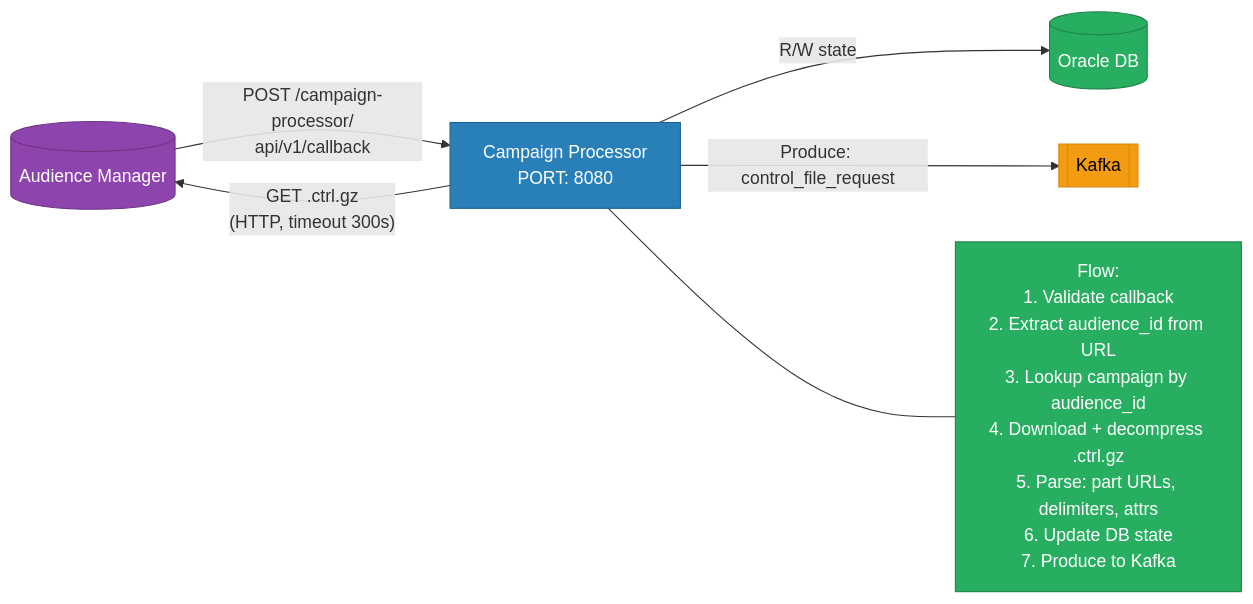
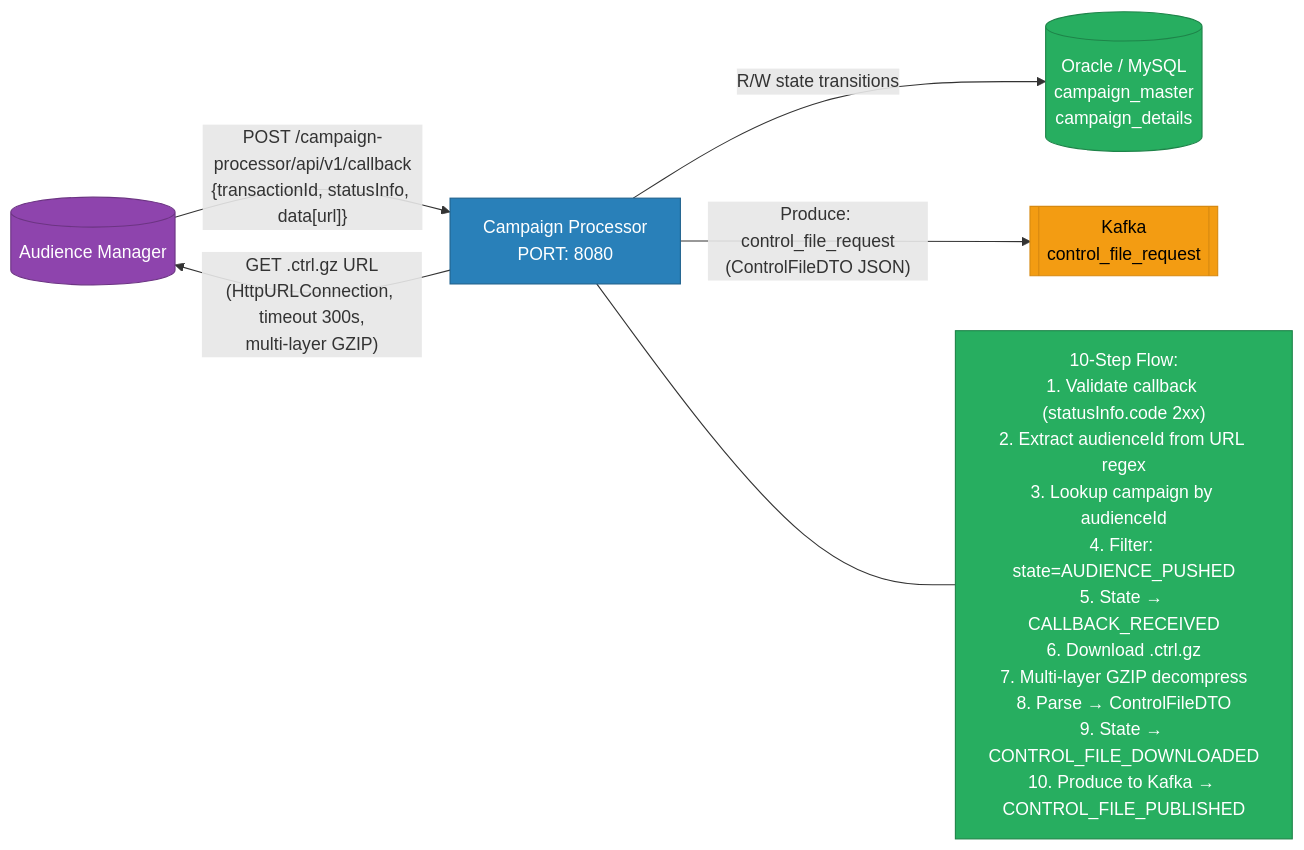
The third of 10 diagrams in comms-hld/06-service-details.md (RamBidiyasar/ulcm-docs), drawn with Mermaid before and after one commit. The commit also changed other lines of this file and 5 other files, not shown here.

````diff
--- a/comms-hld/06-service-details.md
+++ b/comms-hld/06-service-details.md
@@ -84,17 +100,18 @@
 ```mermaid
 flowchart LR
-    AM[("Audience Manager")] -->|"POST /campaign-processor/\napi/v1/callback"| PROC["Campaign Processor\nPORT: 8080"]
-    PROC -->|"GET .ctrl.gz\n(HTTP, timeout 300s)"| AM
-    PROC -->|R/W state| DB[("Oracle DB")]
-    PROC -->|"Produce: control_file_request"| KAFKA[["Kafka"]]
+    AM[("Audience Manager")] -->|"POST /campaign-processor/api/v1/callback\n{transactionId, statusInfo, data[url]}"| PROC["Campaign Processor\nPORT: 8080"]
+    PROC -->|"GET .ctrl.gz URL\n(HttpURLConnection, timeout 300s,\nmulti-layer GZIP)"| AM
+    PROC -->|"R/W state transitions"| DB[("Oracle / MySQL\ncampaign_master\ncampaign_details")]
+    PROC -->|"Produce: control_file_request\n(ControlFileDTO JSON)"| KAFKA[["Kafka\ncontrol_file_request"]]
 
-    PROC --- FLOW["Flow:\n1. Validate callback\n2. Extract audience_id from URL\n3. Lookup campaign by audience_id\n4. Download + decompress .ctrl.gz\n5. Parse: part URLs, delimiters, attrs\n6. Update DB state\n7. Produce to Kafka"]
+    PROC --- FLOW["10-Step Flow:\n1. Validate callback (statusInfo.code 2xx)\n2. Extract audienceId from URL regex\n3. Lookup campaign by audienceId\n4. Filter: state=AUDIENCE_PUSHED\n5. State → CALLBACK_RECEIVED\n6. Download .ctrl.gz\n7. Multi-layer GZIP decompress\n8. Parse → ControlFileDTO\n9. State → CONTROL_FILE_DOWNLOADED\n10. Produce to Kafka → CONTROL_FILE_PUBLISHED"]
+
     classDef kafka fill:#f39c12,color:#000,stroke:#d68910
     classDef svc fill:#2980b9,color:#fff,stroke:#1f618d
     classDef db fill:#27ae60,color:#fff,stroke:#1e8449
     classDef ext fill:#8e44ad,color:#fff,stroke:#6c3483
     class DB,FLOW db
     class AM ext
     class KAFKA kafka
     class PROC svc
 ```
````
